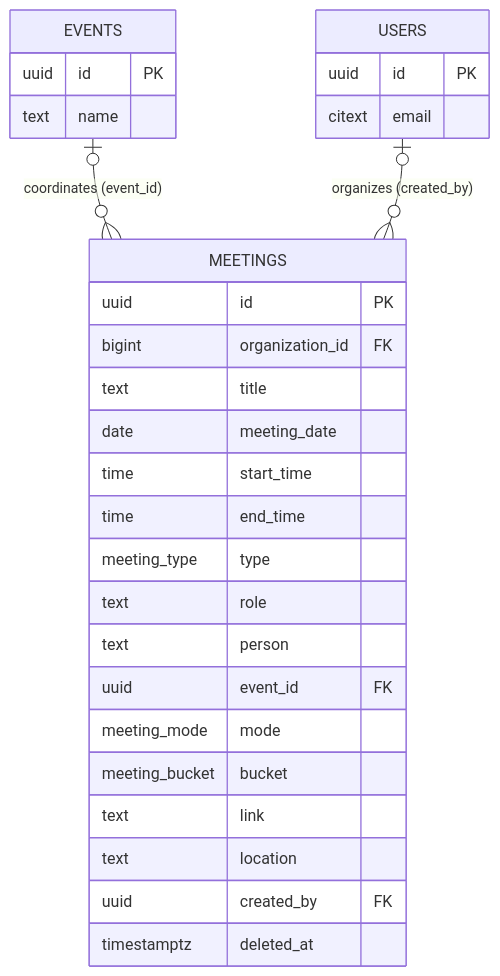
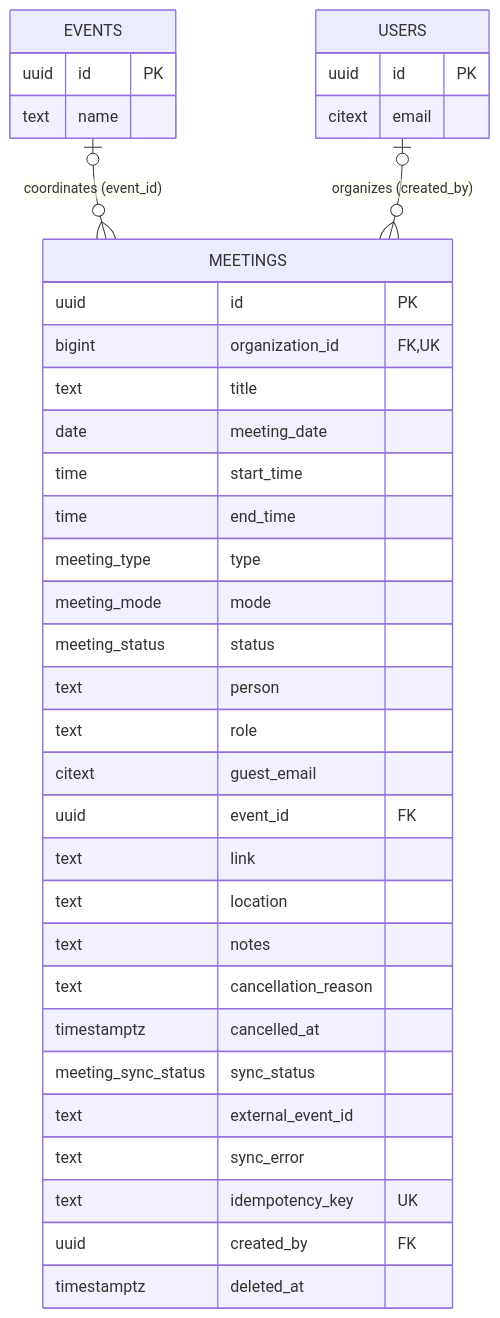
One commit to kaungkhantdev/eventa-docs changed diagram 11 of 13 in 04-architecture/erd.md. Above: the diagram before and after it, drawn with Mermaid. The commit also changed other lines of this file and 9 other files, not shown here.

First line of the commit message:
docs(erd): saved_events is the seventh junction; payment_settings is 1:1

````diff
--- a/04-architecture/erd.md
+++ b/04-architecture/erd.md
@@ -1557,32 +1760,40 @@
 ```mermaid
 erDiagram
     MEETINGS {
         uuid id PK
-        bigint organization_id FK
+        bigint organization_id FK,UK
         text title
         date meeting_date
         time start_time
         time end_time
         meeting_type type
+        meeting_mode mode
+        meeting_status status
+        text person
         text role
-        text person
+        citext guest_email
         uuid event_id FK
-        meeting_mode mode
-        meeting_bucket bucket
         text link
         text location
+        text notes
+        text cancellation_reason
+        timestamptz cancelled_at
+        meeting_sync_status sync_status
+        text external_event_id
+        text sync_error
+        text idempotency_key UK
         uuid created_by FK
         timestamptz deleted_at
     }
     EVENTS {
         uuid id PK
         text name
     }
     USERS {
         uuid id PK
         citext email
     }
 
     EVENTS |o--o{ MEETINGS : "coordinates (event_id)"
     USERS |o--o{ MEETINGS : "organizes (created_by)"
 ```
````
